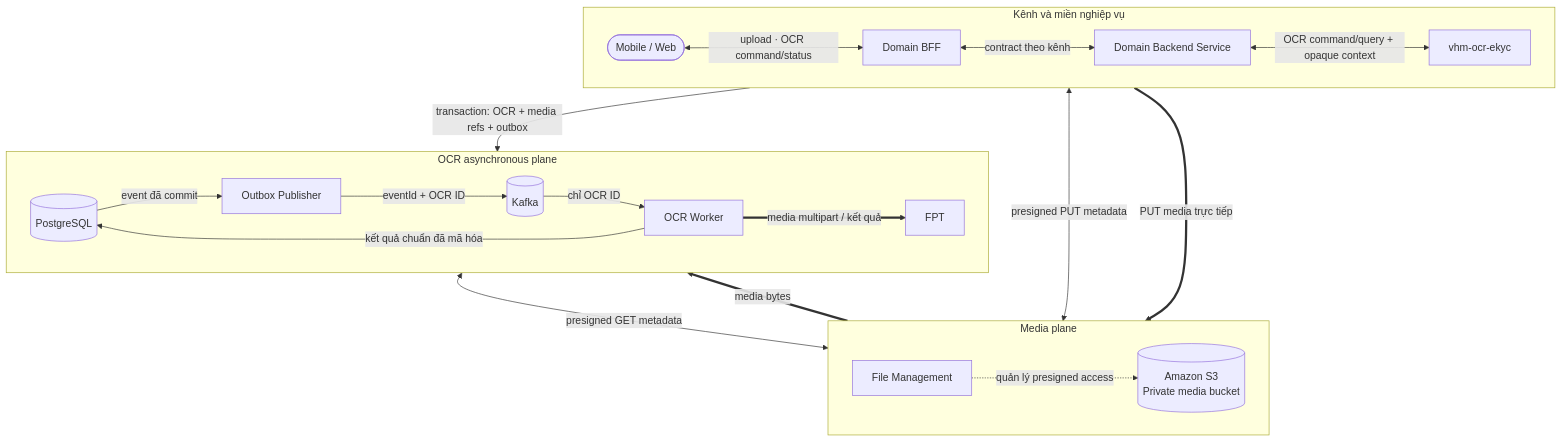
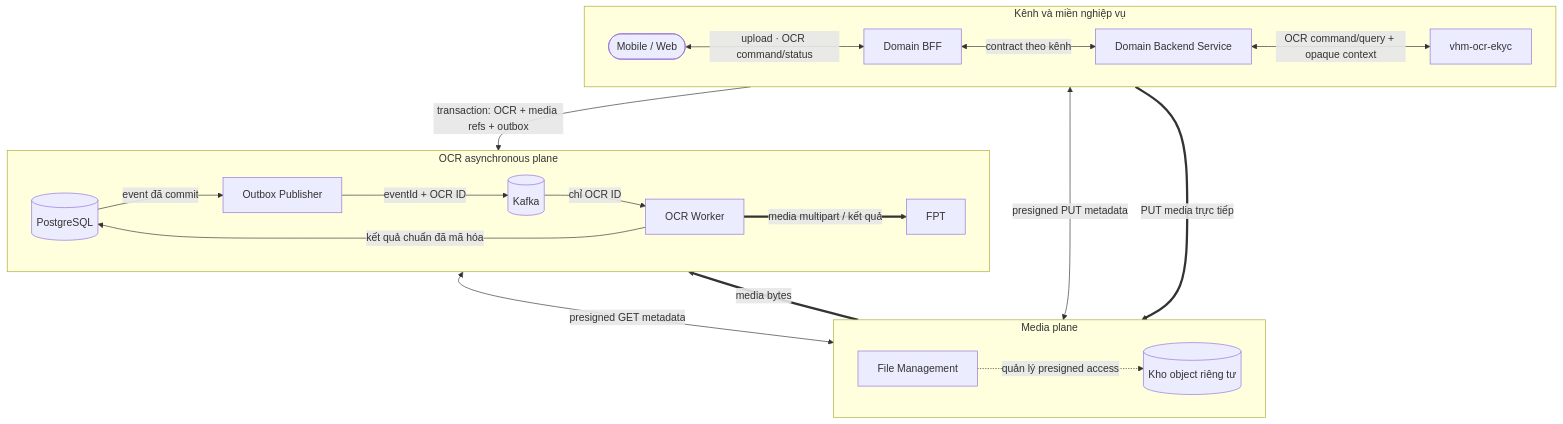
The sixth of 12 diagrams in tdd-ocr-ekyc.md (huynv-xyz/vhm), drawn with Mermaid before and after one commit. The commit also changed other lines of this file, not shown here.

````diff
--- a/tdd-ocr-ekyc.md
+++ b/tdd-ocr-ekyc.md
@@ -881,42 +855,42 @@
 ```mermaid
 flowchart TB
     subgraph CHANNEL_DOMAIN[Kênh và miền nghiệp vụ]
         direction LR
         CHANNEL([Mobile / Web])
         BFF[Domain BFF]
         DOMAIN[Domain Backend Service]
         API[vhm-ocr-ekyc]
 
         CHANNEL <-->|upload · OCR command/status| BFF
         BFF <-->|contract theo kênh| DOMAIN
         DOMAIN <-->|OCR command/query + opaque context| API
     end
 
     subgraph MEDIA[Media plane]
         direction LR
         FILE[File Management]
-        STORAGE[(Amazon S3<br/>Private media bucket)]
+        STORAGE[(Kho object riêng tư)]
         FILE -.->|quản lý presigned access| STORAGE
     end
 
     subgraph ASYNC[OCR asynchronous plane]
         direction LR
         DB[(PostgreSQL)]
         OUTBOX[Outbox Publisher]
         KAFKA[(Kafka)]
         WORKER[OCR Worker]
         PROVIDER[FPT]
 
         DB -->|event đã commit| OUTBOX
         OUTBOX -->|eventId + OCR ID| KAFKA
         KAFKA -->|chỉ OCR ID| WORKER
         WORKER ==>|media multipart / kết quả| PROVIDER
     end
 
     API <-->|presigned PUT metadata| FILE
     CHANNEL ==>|PUT media trực tiếp| STORAGE
     API -->|transaction: OCR + media refs + outbox| DB
     WORKER <-->|presigned GET metadata| FILE
     STORAGE ==>|media bytes| WORKER
     WORKER -->|kết quả chuẩn đã mã hóa| DB
 ```
````
